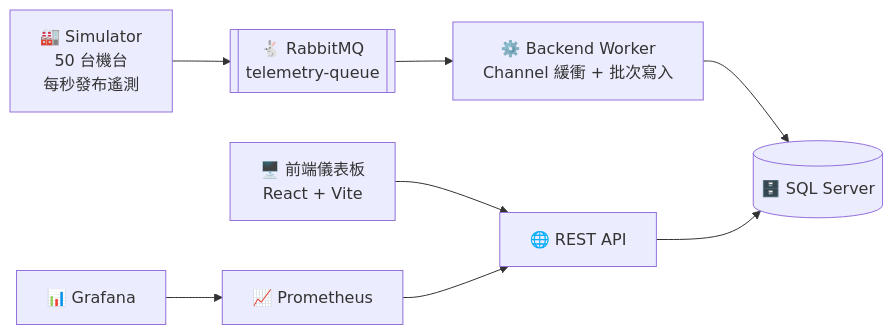
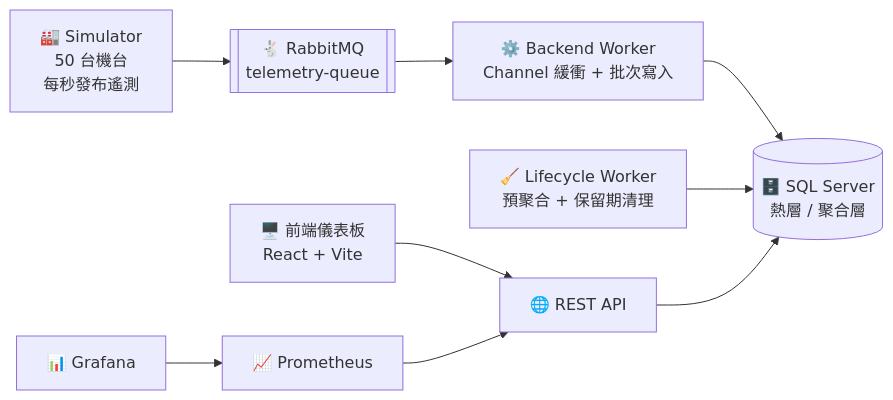
One commit to Jeffrey-Pai/Factory-IoT-Ingestion-System changed the diagram in README.md. Above: the diagram before and after it, drawn with Mermaid. The commit also changed other lines of this file and 32 other files, not shown here.

````diff
--- a/README.md
+++ b/README.md
@@ -16,10 +17,11 @@
 ```mermaid
 flowchart LR
     SIM["🏭 Simulator<br/>50 台機台<br/>每秒發布遙測"] --> MQ[["🐇 RabbitMQ<br/>telemetry-queue"]]
     MQ --> W["⚙️ Backend Worker<br/>Channel 緩衝 + 批次寫入"]
-    W --> DB[("🗄️ SQL Server")]
+    W --> DB[("🗄️ SQL Server<br/>熱層 / 聚合層")]
+    LIFE["🧹 Lifecycle Worker<br/>預聚合 + 保留期清理"] --> DB
     API["🌐 REST API"] --> DB
     DASH["🖥️ 前端儀表板<br/>React + Vite"] --> API
     PROM["📈 Prometheus"] --> API
     GRAF["📊 Grafana"] --> PROM
 ```
````
